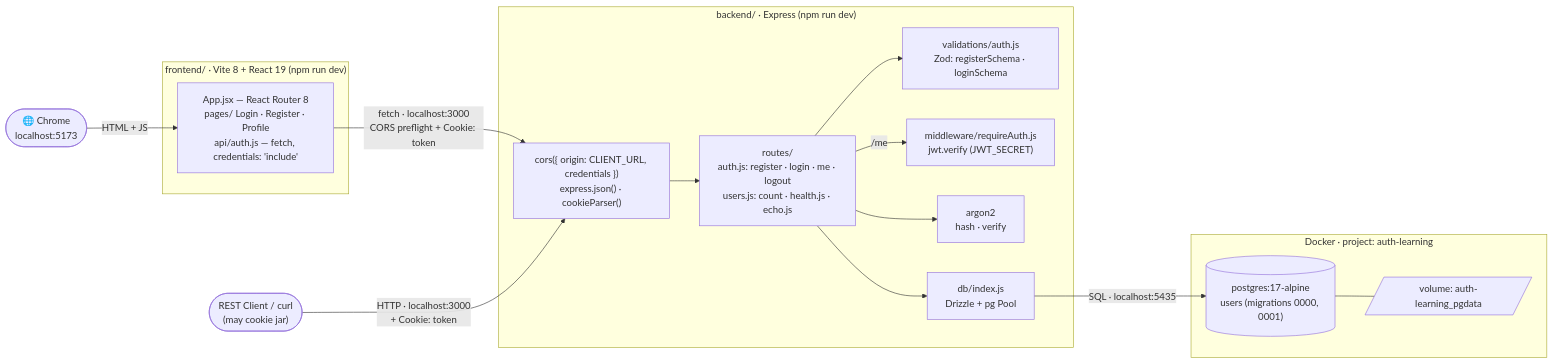
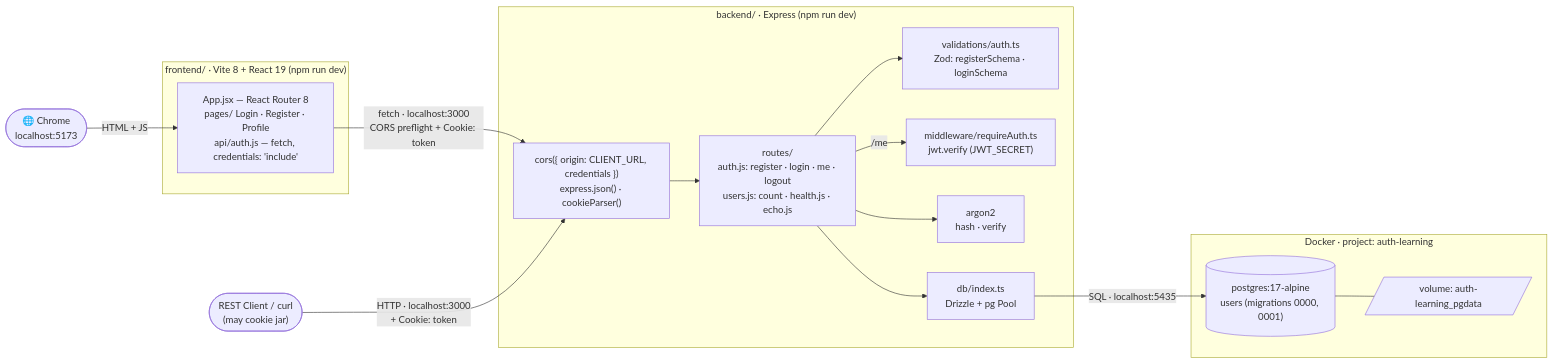
Before and after one commit to nelson1869-ai/auth-learning: the first of 3 diagrams in docs/diagrams/00-architecture.md, drawn with Mermaid. The commit also changed 20 other files, not shown here.

Commit message:
docs: .ts file names in diagrams and .http files, architecture, day 30-32 notes

````diff
--- a/docs/diagrams/00-architecture.md
+++ b/docs/diagrams/00-architecture.md
@@ -12,28 +12,28 @@
 ```mermaid
 flowchart LR
     Browser(["🌐 Chrome<br/>localhost:5173"]) -->|"HTML + JS"| FE
     subgraph FEG["frontend/ · Vite 8 + React 19 (npm run dev)"]
         FE["App.jsx — React Router 8<br/>pages/ Login · Register · Profile<br/>api/auth.js — fetch, credentials: 'include'"]
     end
     FE -->|"fetch · localhost:3000<br/>CORS preflight + Cookie: token"| MW
     Client(["REST Client / curl<br/>(may cookie jar)"]) -->|"HTTP · localhost:3000<br/>+ Cookie: token"| MW
     subgraph BE["backend/ · Express (npm run dev)"]
         MW["cors({ origin: CLIENT_URL, credentials })<br/>express.json() · cookieParser()"]
         Routes["routes/<br/>auth.js: register · login · me · logout<br/>users.js: count · health.js · echo.js"]
-        Val["validations/auth.js<br/>Zod: registerSchema · loginSchema"]
-        Auth["middleware/requireAuth.js<br/>jwt.verify (JWT_SECRET)"]
+        Val["validations/auth.ts<br/>Zod: registerSchema · loginSchema"]
+        Auth["middleware/requireAuth.ts<br/>jwt.verify (JWT_SECRET)"]
         Hash["argon2<br/>hash · verify"]
-        DB["db/index.js<br/>Drizzle + pg Pool"]
+        DB["db/index.ts<br/>Drizzle + pg Pool"]
         MW --> Routes
         Routes --> Val
         Routes -->|"/me"| Auth
         Routes --> Hash
         Routes --> DB
     end
     DB -->|"SQL · localhost:5435"| PG
     subgraph Docker["Docker · project: auth-learning"]
         PG[("postgres:17-alpine<br/>users (migrations 0000, 0001)")]
         Vol[/"volume: auth-learning_pgdata"/]
         PG --- Vol
     end
 ```
````
